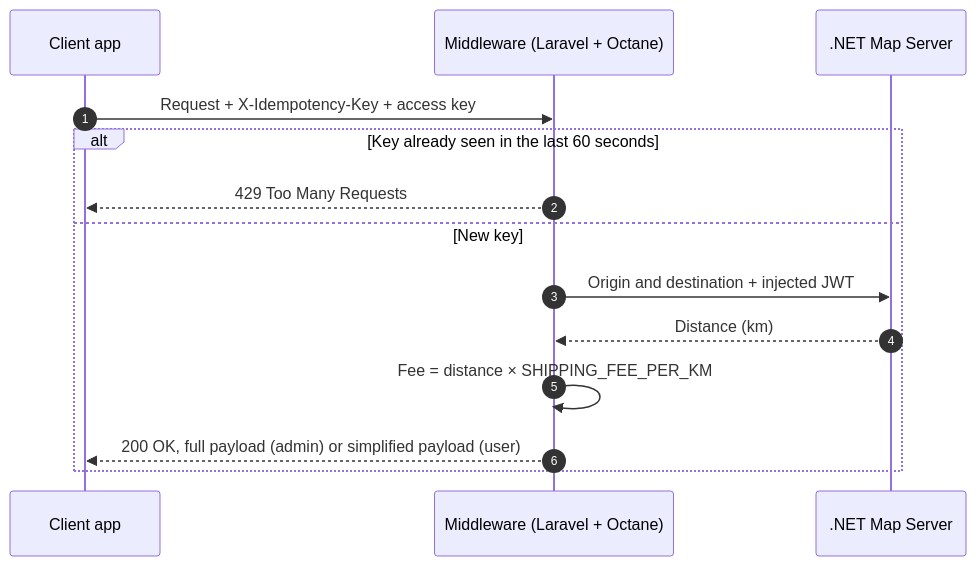
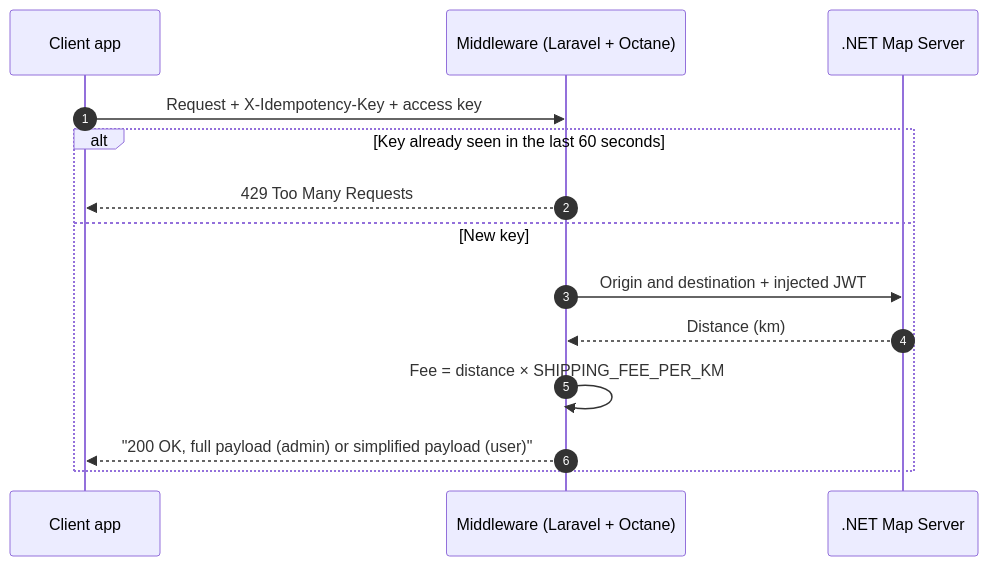
Before and after one commit to YoriSyahputra/API-BRIDGE: the diagram in README.md, drawn with Mermaid. The commit also changed other lines of this file, not shown here.

Commit message:
docs: design diagram fix

````diff
--- a/README.md
+++ b/README.md
@@ -47,17 +47,17 @@
 ```mermaid
 sequenceDiagram
     autonumber
     participant C as Client app
     participant M as Middleware (Laravel + Octane)
     participant S as .NET Map Server
 
     C->>M: Request + X-Idempotency-Key + access key
     alt Key already seen in the last 60 seconds
         M-->>C: 429 Too Many Requests
     else New key
         M->>S: Origin and destination + injected JWT
         S-->>M: Distance (km)
         M->>M: Fee = distance × SHIPPING_FEE_PER_KM
-        M-->>C: 200 OK, full payload (admin) or simplified payload (user)
+        M-->>C: "200 OK, full payload (admin) or simplified payload (user)"
     end
 ```
````
